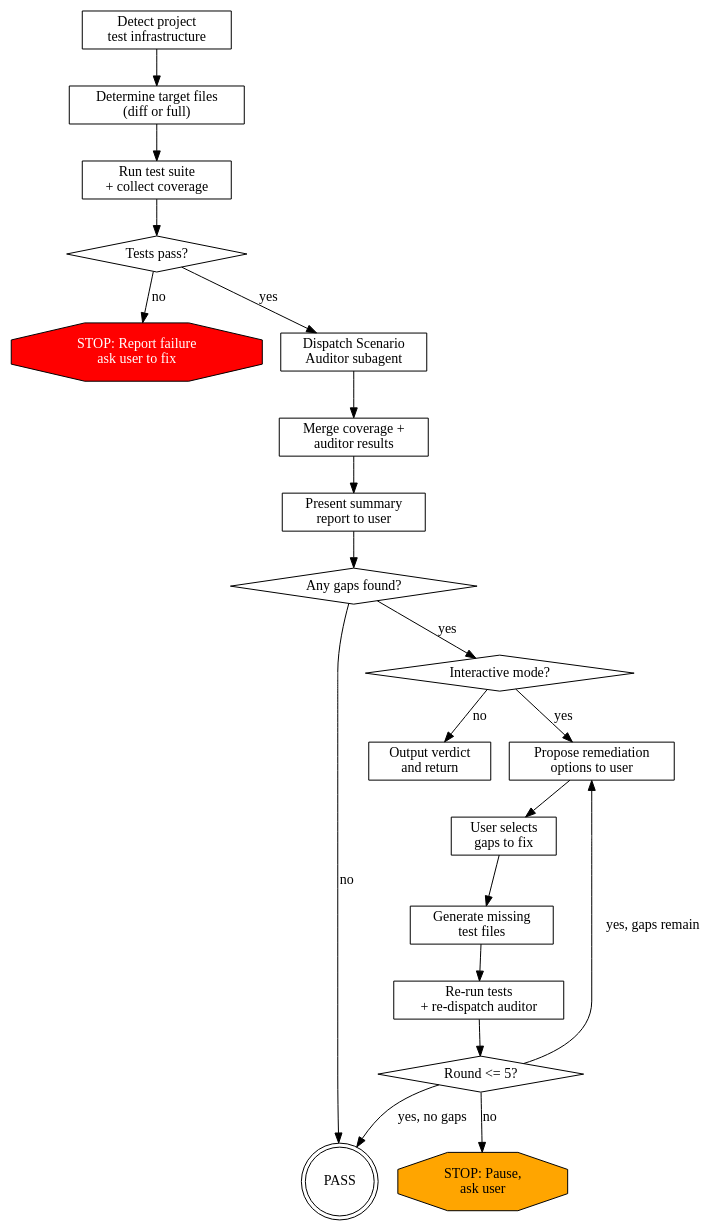
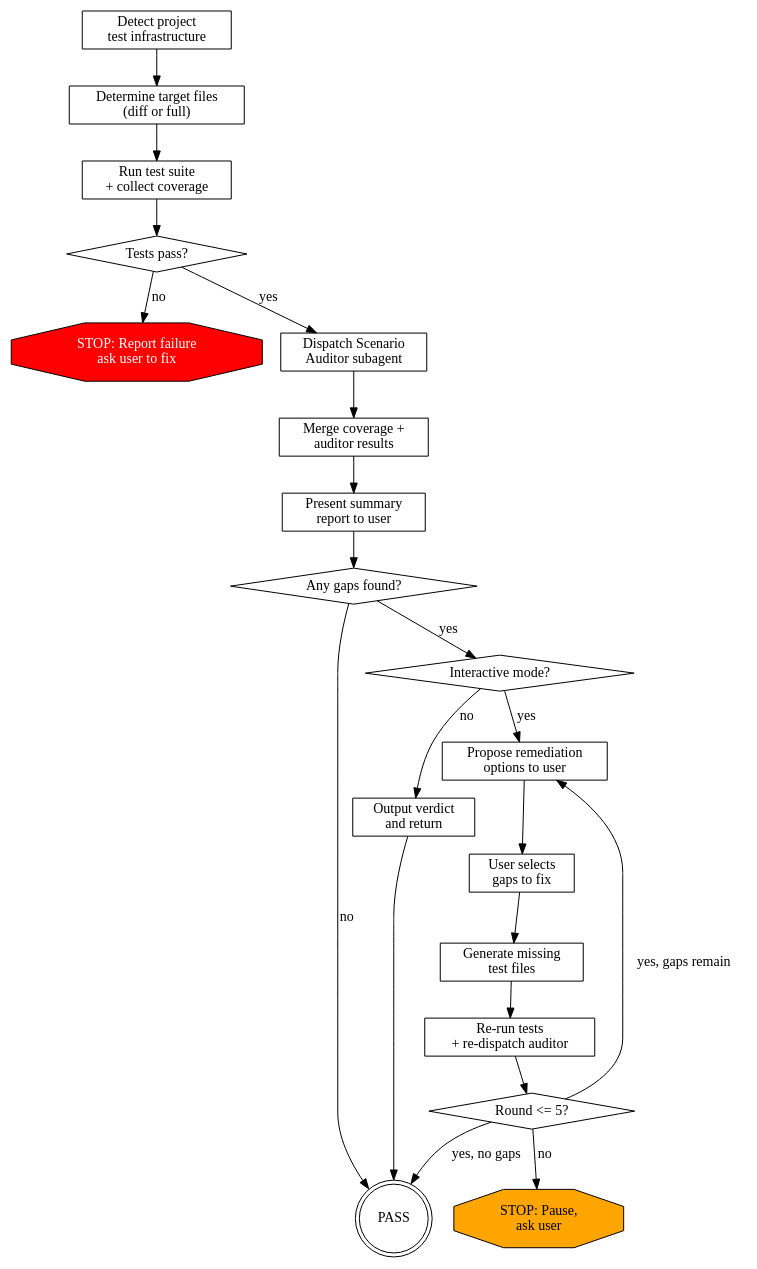
The diagram in plugins/winrey-toolkit/skills/test-completeness/SKILL.md (winrey/claude-code-toolkit), drawn with Graphviz before and after one commit. The commit also changed other lines of this file, not shown here.

````diff
--- a/plugins/winrey-toolkit/skills/test-completeness/SKILL.md
+++ b/plugins/winrey-toolkit/skills/test-completeness/SKILL.md
@@ -33,42 +33,43 @@
 ```dot
 digraph test_completeness {
     "Detect project\ntest infrastructure" [shape=box];
     "Determine target files\n(diff or full)" [shape=box];
     "Run test suite\n+ collect coverage" [shape=box];
     "Tests pass?" [shape=diamond];
     "STOP: Report failure\nask user to fix" [shape=octagon, style=filled, fillcolor=red, fontcolor=white];
     "Dispatch Scenario\nAuditor subagent" [shape=box];
     "Merge coverage +\nauditor results" [shape=box];
     "Present summary\nreport to user" [shape=box];
     "Any gaps found?" [shape=diamond];
     "PASS" [shape=doublecircle];
     "Interactive mode?" [shape=diamond];
     "Output verdict\nand return" [shape=box];
     "Propose remediation\noptions to user" [shape=box];
     "User selects\ngaps to fix" [shape=box];
     "Generate missing\ntest files" [shape=box];
     "Re-run tests\n+ re-dispatch auditor" [shape=box];
     "Round <= 5?" [shape=diamond];
     "STOP: Pause,\nask user" [shape=octagon, style=filled, fillcolor=orange];
 
     "Detect project\ntest infrastructure" -> "Determine target files\n(diff or full)";
     "Determine target files\n(diff or full)" -> "Run test suite\n+ collect coverage";
     "Run test suite\n+ collect coverage" -> "Tests pass?";
     "Tests pass?" -> "STOP: Report failure\nask user to fix" [label="no"];
     "Tests pass?" -> "Dispatch Scenario\nAuditor subagent" [label="yes"];
     "Dispatch Scenario\nAuditor subagent" -> "Merge coverage +\nauditor results";
     "Merge coverage +\nauditor results" -> "Present summary\nreport to user";
     "Present summary\nreport to user" -> "Any gaps found?";
     "Any gaps found?" -> "PASS" [label="no"];
     "Any gaps found?" -> "Interactive mode?" [label="yes"];
     "Interactive mode?" -> "Output verdict\nand return" [label="no"];
+    "Output verdict\nand return" -> "PASS";
     "Interactive mode?" -> "Propose remediation\noptions to user" [label="yes"];
     "Propose remediation\noptions to user" -> "User selects\ngaps to fix";
     "User selects\ngaps to fix" -> "Generate missing\ntest files";
     "Generate missing\ntest files" -> "Re-run tests\n+ re-dispatch auditor";
     "Re-run tests\n+ re-dispatch auditor" -> "Round <= 5?";
     "Round <= 5?" -> "Propose remediation\noptions to user" [label="yes, gaps remain"];
     "Round <= 5?" -> "PASS" [label="yes, no gaps"];
     "Round <= 5?" -> "STOP: Pause,\nask user" [label="no"];
 }
 ```
````
